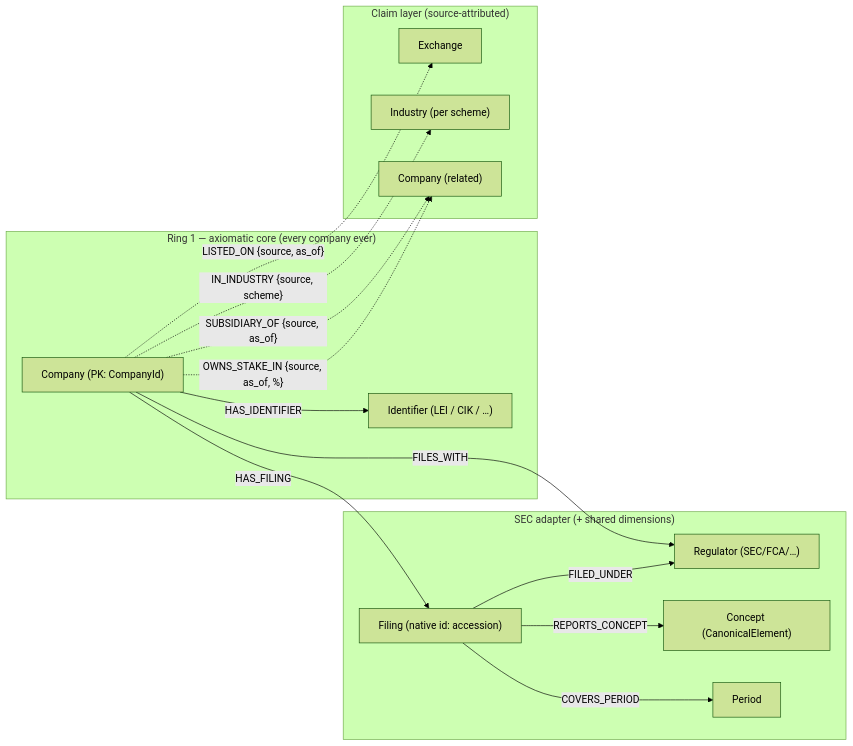
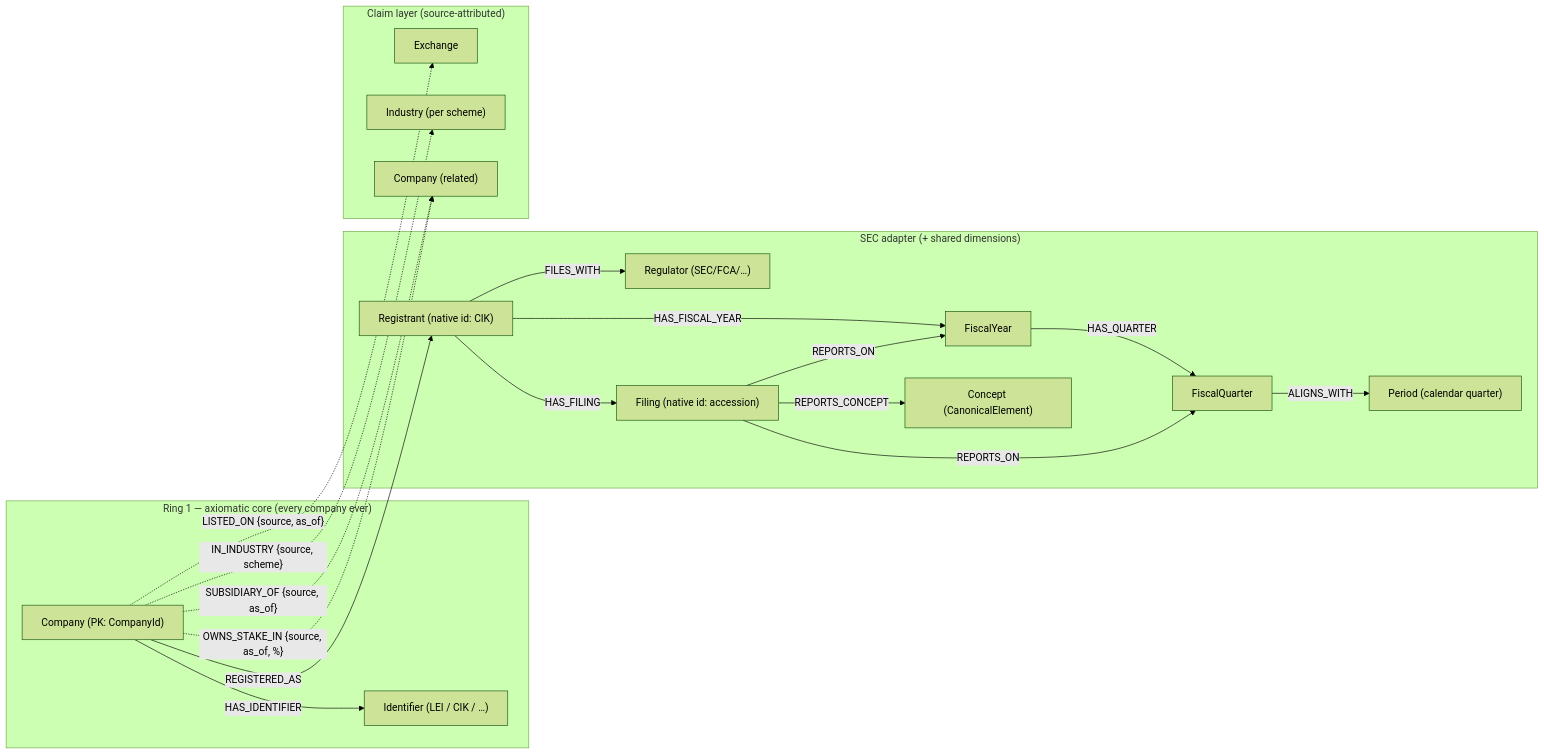
One commit to ironcapitaleu/graph-data-lab changed the diagram in model/MODEL.md. Above: the diagram before and after it, drawn with Mermaid (forest theme). The commit also changed other lines of this file and 23 other files, not shown here.

````diff
--- a/model/MODEL.md
+++ b/model/MODEL.md
@@ -94,28 +104,35 @@
 ```mermaid
 graph LR
   subgraph CoreAx["Ring 1 — axiomatic core (every company ever)"]
     C["Company (PK: CompanyId)"]
     ID["Identifier (LEI / CIK / …)"]
   end
   subgraph Adapter["SEC adapter (+ shared dimensions)"]
     R["Regulator (SEC/FCA/…)"]
+    G["Registrant (native id: CIK)"]
+    Y["FiscalYear"]
+    Q["FiscalQuarter"]
     F["Filing (native id: accession)"]
     K["Concept (CanonicalElement)"]
-    P["Period"]
+    P["Period (calendar quarter)"]
   end
   subgraph Claims["Claim layer (source-attributed)"]
     E["Exchange"]
     I["Industry (per scheme)"]
     C2["Company (related)"]
   end
   C -- HAS_IDENTIFIER --> ID
-  C -- HAS_FILING --> F
-  C -- FILES_WITH --> R
-  F -- FILED_UNDER --> R
-  F -- COVERS_PERIOD --> P
+  C -- REGISTERED_AS --> G
+  G -- FILES_WITH --> R
+  G -- HAS_FILING --> F
+  G -- HAS_FISCAL_YEAR --> Y
+  Y -- HAS_QUARTER --> Q
+  F -- REPORTS_ON --> Y
+  F -- REPORTS_ON --> Q
+  Q -- ALIGNS_WITH --> P
   F -- REPORTS_CONCEPT --> K
   C -. "LISTED_ON {source, as_of}" .-> E
   C -. "IN_INDUSTRY {source, scheme}" .-> I
   C -. "SUBSIDIARY_OF {source, as_of}" .-> C2
   C -. "OWNS_STAKE_IN {source, as_of, %}" .-> C2
 ```
````
